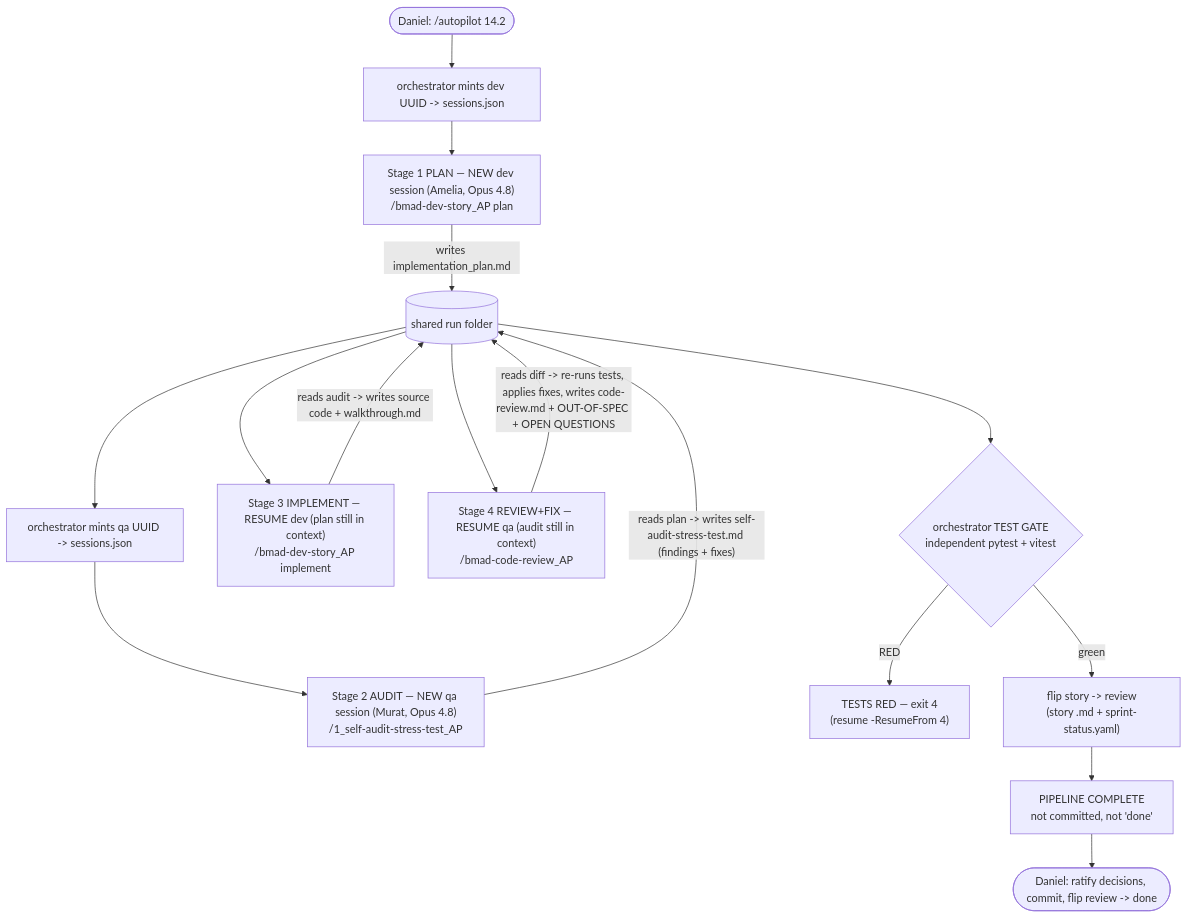
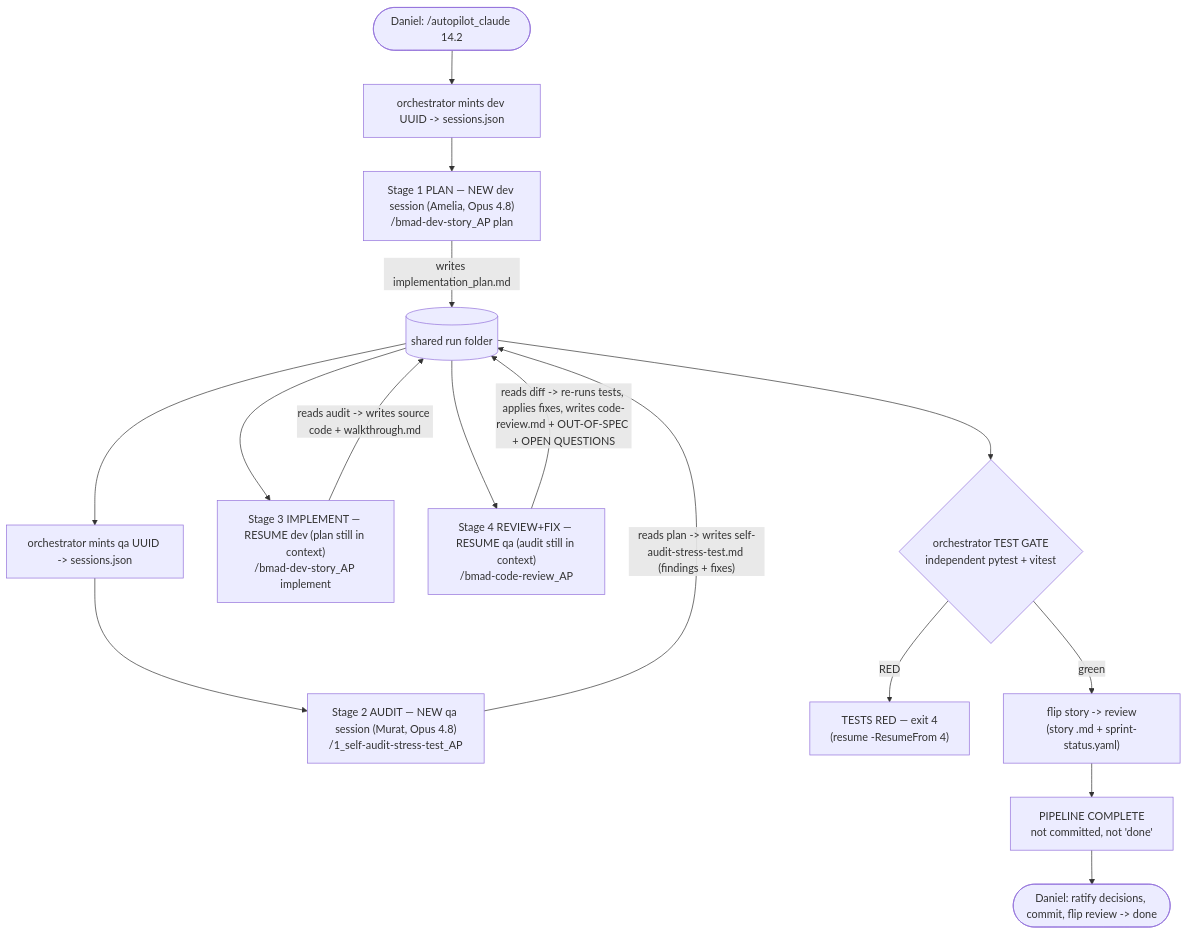
Before and after one commit to sudomadhatter/Sudo_Hatter_Command: the first of 4 diagrams in .agents/workflows/autopilot_bmad_dev_loop.md, drawn with Mermaid. The commit also changed other lines of this file and 14 other files, not shown here.

````diff
--- a/.agents/workflows/autopilot_bmad_dev_loop.md
+++ b/.agents/workflows/autopilot_bmad_dev_loop.md
@@ -59,18 +59,18 @@
 ```mermaid
 flowchart TD
-    D(["Daniel: /autopilot 14.2"]) --> M1["orchestrator mints dev UUID -> sessions.json"]
+    D(["Daniel: /autopilot_claude 14.2"]) --> M1["orchestrator mints dev UUID -> sessions.json"]
     M1 --> S1["Stage 1 PLAN — NEW dev session (Amelia, Opus 4.8)<br/>/bmad-dev-story_AP plan"]
     S1 -->|"writes implementation_plan.md"| F[("shared run folder")]
     F --> M2["orchestrator mints qa UUID -> sessions.json"]
     M2 --> S2["Stage 2 AUDIT — NEW qa session (Murat, Opus 4.8)<br/>/1_self-audit-stress-test_AP"]
     S2 -->|"reads plan -> writes self-audit-stress-test.md (findings + fixes)"| F
     F --> S3["Stage 3 IMPLEMENT — RESUME dev (plan still in context)<br/>/bmad-dev-story_AP implement"]
     S3 -->|"reads audit -> writes source code + walkthrough.md"| F
     F --> S4["Stage 4 REVIEW+FIX — RESUME qa (audit still in context)<br/>/bmad-code-review_AP"]
     S4 -->|"reads diff -> re-runs tests, applies fixes, writes code-review.md + OUT-OF-SPEC + OPEN QUESTIONS"| F
     F --> G{"orchestrator TEST GATE<br/>independent pytest + vitest"}
     G -->|"RED"| RED["TESTS RED — exit 4<br/>(resume -ResumeFrom 4)"]
     G -->|"green"| RV["flip story -> review<br/>(story .md + sprint-status.yaml)"]
     RV --> DONE["PIPELINE COMPLETE<br/>not committed, not 'done'"]
     DONE --> D2(["Daniel: ratify decisions, commit, flip review -> done"])
 ```
````
